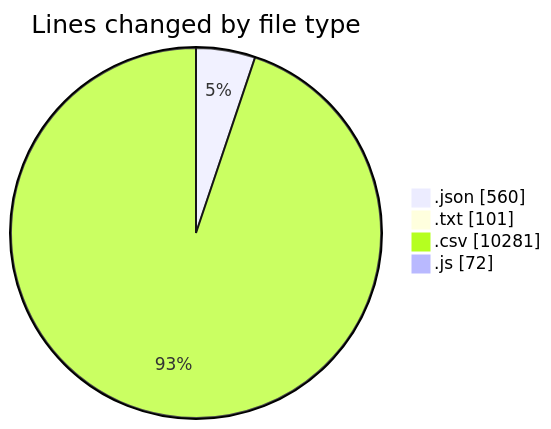
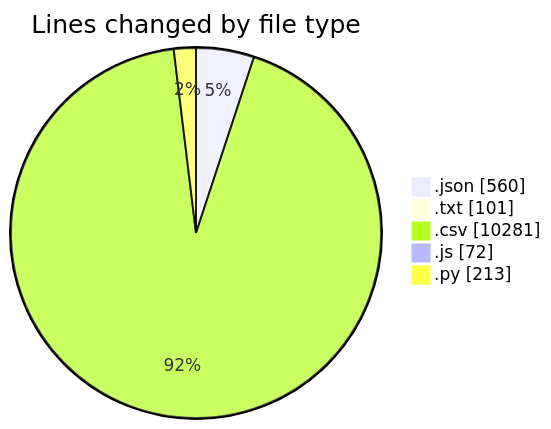
Before and after one commit to EIIisD/code-tracking: the first of 2 diagrams in 2025-07-27/refunds/README.md, drawn with Mermaid. The commit also changed other lines of this file and 1 other file, not shown here.

````diff
--- a/2025-07-27/refunds/README.md
+++ b/2025-07-27/refunds/README.md
@@ -27,8 +28,9 @@
 ```mermaid
 pie showData
 title Lines changed by file type
 ".json" : 560
 ".txt" : 101
 ".csv" : 10281
 ".js" : 72
+".py" : 213
 ```
````
